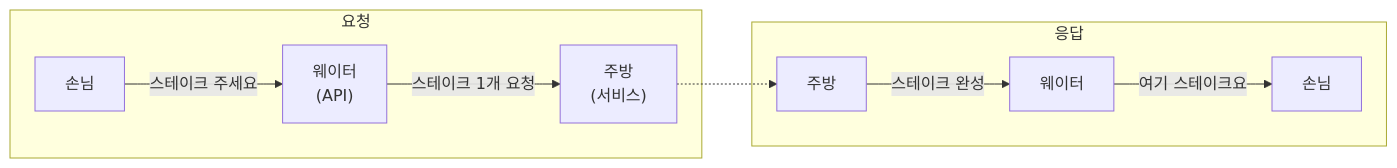
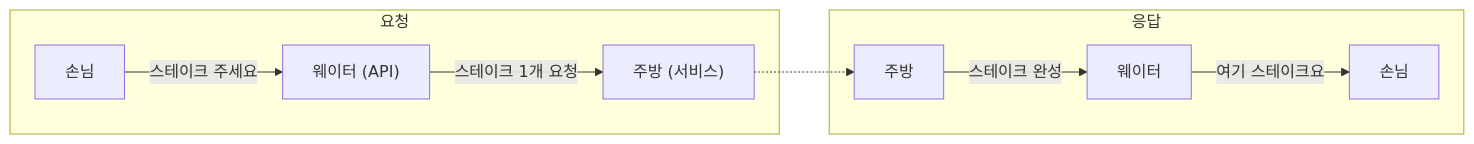
One commit to Kanghyeop/pages-book-agent101 changed the first of 8 diagrams in 02-literacy/26-nocode.md. Above: the diagram before and after it, drawn with Mermaid. The commit also changed other lines of this file and 48 other files, not shown here.

First line of the commit message:
fix: Mermaid 렌더링 + SVG 경로 수정

````diff
--- a/02-literacy/26-nocode.md
+++ b/02-literacy/26-nocode.md
@@ -20,12 +20,12 @@
 ```mermaid
 flowchart LR
     subgraph Request[요청]
-        A[손님] -->|스테이크 주세요| B["웨이터<br/>(API)"]
-        B -->|스테이크 1개 요청| C["주방<br/>(서비스)"]
+        A[손님] -->|스테이크 주세요| B["웨이터 (API)"]
+        B -->|스테이크 1개 요청| C["주방 (서비스)"]
     end
     subgraph Response[응답]
         C2[주방] -->|스테이크 완성| B2[웨이터]
         B2 -->|여기 스테이크요| A2[손님]
     end
     C -.-> C2
 ```
````
